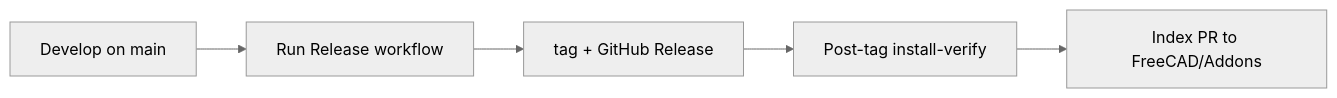
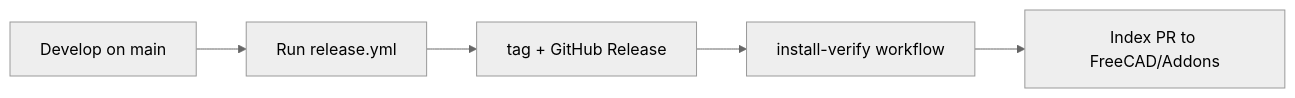
The second of 2 diagrams in MAINTAINING.md (CREATeNG/freecad-mcp-bridge), drawn with Mermaid (neutral theme) before and after one commit. The commit also changed other lines of this file and 3 other files, not shown here.

````diff
--- a/MAINTAINING.md
+++ b/MAINTAINING.md
@@ -100,7 +103,7 @@
 ```mermaid
 flowchart LR
-  dev[Develop on main] --> dispatch[Run Release workflow]
+  dev[Develop on main] --> dispatch[Run release.yml]
   dispatch --> shipped[tag + GitHub Release]
-  shipped --> postverify[Post-tag install-verify]
+  shipped --> postverify[install-verify workflow]
   postverify --> index[Index PR to FreeCAD/Addons]
 ```
````
